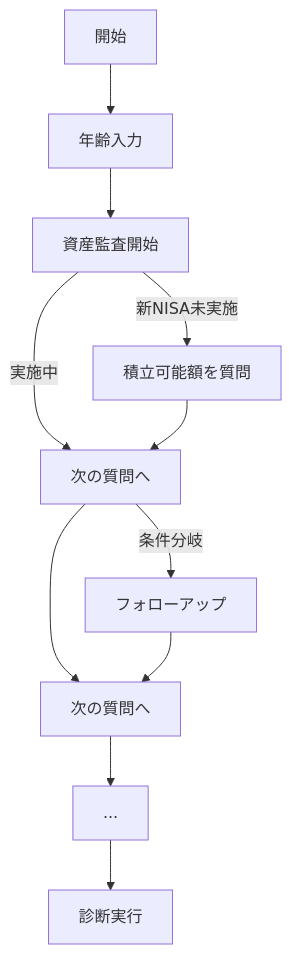
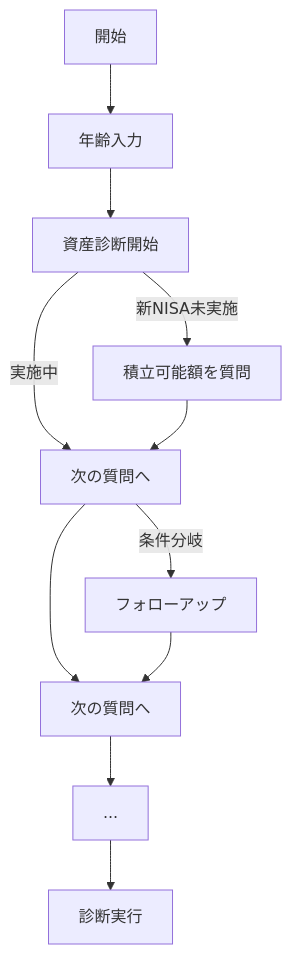
The second of 2 diagrams in 設計書.md (pokkori/life-audit-system), drawn with Mermaid before and after one commit. The commit also changed other lines of this file and 9 other files, not shown here.

````diff
--- a/設計書.md
+++ b/設計書.md
@@ -259,15 +259,15 @@
 ```mermaid
 flowchart TD
     START[開始] --> AGE[年齢入力]
-    AGE --> Q1[資産監査開始]
+    AGE --> Q1[資産診断開始]
 
     Q1 --> |新NISA未実施| Q1A[積立可能額を質問]
     Q1 --> |実施中| Q2[次の質問へ]
     Q1A --> Q2
 
     Q2 --> |条件分岐| Q2A[フォローアップ]
     Q2 --> Q3[次の質問へ]
     Q2A --> Q3
 
     Q3 --> ... --> SUBMIT[診断実行]
 ```
````
